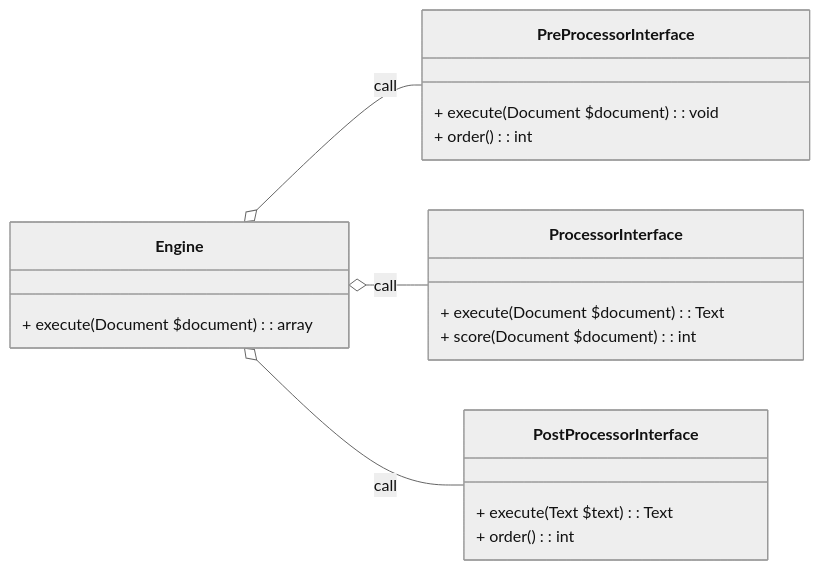
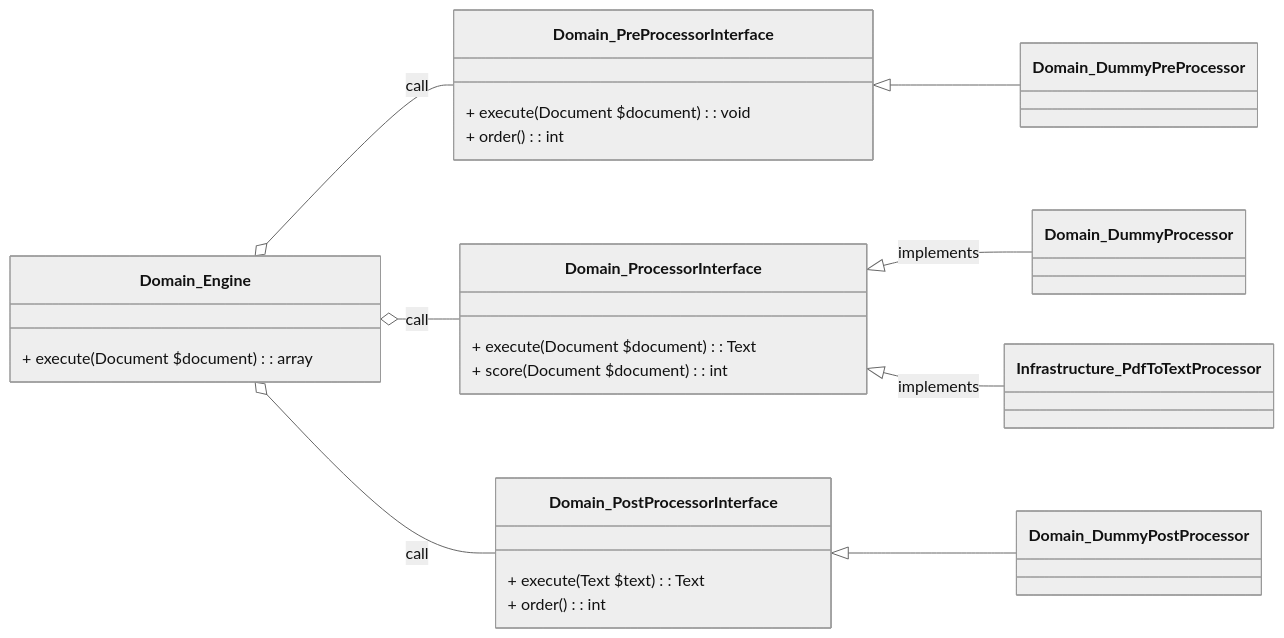
The diagram in doc/diagrams/generator.mermaid (desarrolla2/viu_47_proyecto_de_ingenieria_del_software), drawn with Mermaid (neutral theme) before and after one commit.

Commit message:
[] - update generator classes schema

```diff
--- a/doc/diagrams/generator.mermaid
+++ b/doc/diagrams/generator.mermaid
@@ -1,24 +1,28 @@
 classDiagram
     direction LR
-    Engine o-- PreProcessorInterface: call
-    Engine o-- ProcessorInterface: call
-    Engine o-- PostProcessorInterface: call
+    Domain_Engine o-- Domain_PreProcessorInterface: call
+    Domain_Engine o-- Domain_ProcessorInterface: call
+    Domain_Engine o-- Domain_PostProcessorInterface: call
+    Domain_PreProcessorInterface <|-- Domain_DummyPreProcessor
+    Domain_ProcessorInterface <|-- Domain_DummyProcessor: implements
+    Domain_ProcessorInterface <|-- Infrastructure_PdfToTextProcessor: implements
+    Domain_PostProcessorInterface <|-- Domain_DummyPostProcessor
 
-    class Engine {
+    class Domain_Engine {
         + execute(Document $document): array
     }
 
-    class PreProcessorInterface {
+    class Domain_PreProcessorInterface {
         + execute(Document $document): void
         + order(): int
     }
 
-    class ProcessorInterface {
+    class Domain_ProcessorInterface {
         + execute(Document $document): Text
         + score(Document $document): int
     }
 
-    class PostProcessorInterface {
+    class Domain_PostProcessorInterface {
         + execute(Text $text): Text
         + order(): int
     }
```
